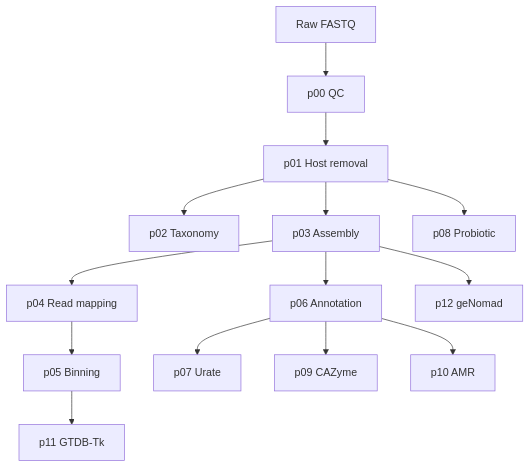
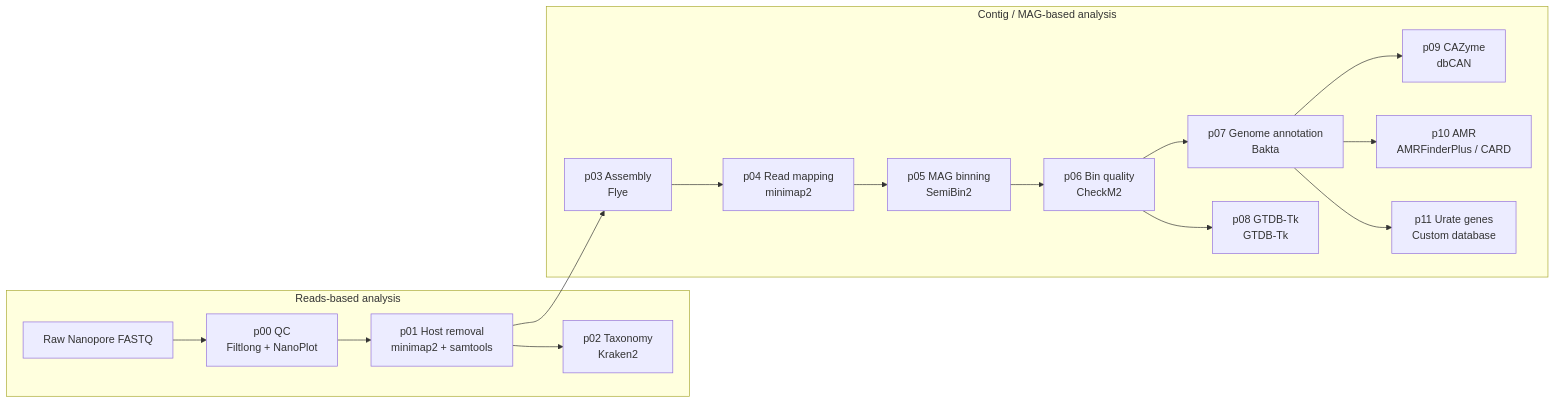
One commit to pengzhuobing/nanopore_metagenome changed the diagram in README.md. Above: the diagram before and after it, drawn with Mermaid.

````diff
--- a/README.md
+++ b/README.md
@@ -26,16 +26,43 @@
 ```mermaid
-flowchart TD
-    A[Raw FASTQ] --> B[p00 QC]
-    B --> C[p01 Host removal]
-    C --> D[p02 Taxonomy]
-    C --> E[p03 Assembly]
-    E --> F[p04 Read mapping]
-    F --> G[p05 Binning]
-    E --> H[p06 Annotation]
-    H --> I[p07 Urate]
-    C --> J[p08 Probiotic]
-    H --> K[p09 CAZyme]
-    H --> L[p10 AMR]
-    G --> M[p11 GTDB-Tk]
-    E --> N[p12 geNomad]
+flowchart LR
+
+%% ===========================
+%% Reads-based workflow
+%% ===========================
+subgraph R["Reads-based analysis"]
+
+A[Raw Nanopore FASTQ]
+
+A --> B["p00 QC<br/>Filtlong + NanoPlot"]
+
+B --> C["p01 Host removal<br/>minimap2 + samtools"]
+
+C --> D["p02 Taxonomy<br/>Kraken2"]
+
+end
+
+%% ===========================
+%% Contig / MAG workflow
+%% ===========================
+subgraph M["Contig / MAG-based analysis"]
+
+C --> E["p03 Assembly<br/>Flye"]
+
+E --> F["p04 Read mapping<br/>minimap2"]
+
+F --> G["p05 MAG binning<br/>SemiBin2"]
+
+G --> H["p06 Bin quality<br/>CheckM2"]
+
+H --> I["p07 Genome annotation<br/>Bakta"]
+
+H --> J["p08 GTDB-Tk<br/>GTDB-Tk"]
+
+I --> K["p09 CAZyme<br/>dbCAN"]
+
+I --> L["p10 AMR<br/>AMRFinderPlus / CARD"]
+
+I --> M1["p11 Urate genes<br/>Custom database"]
+
+end
 ```
````
